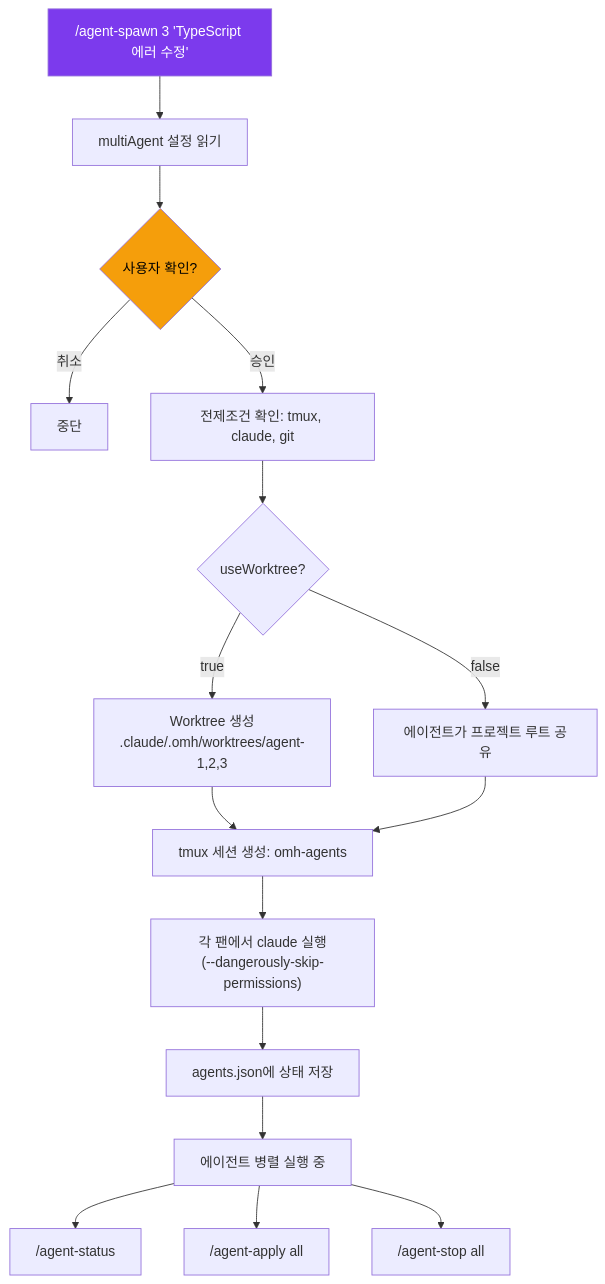
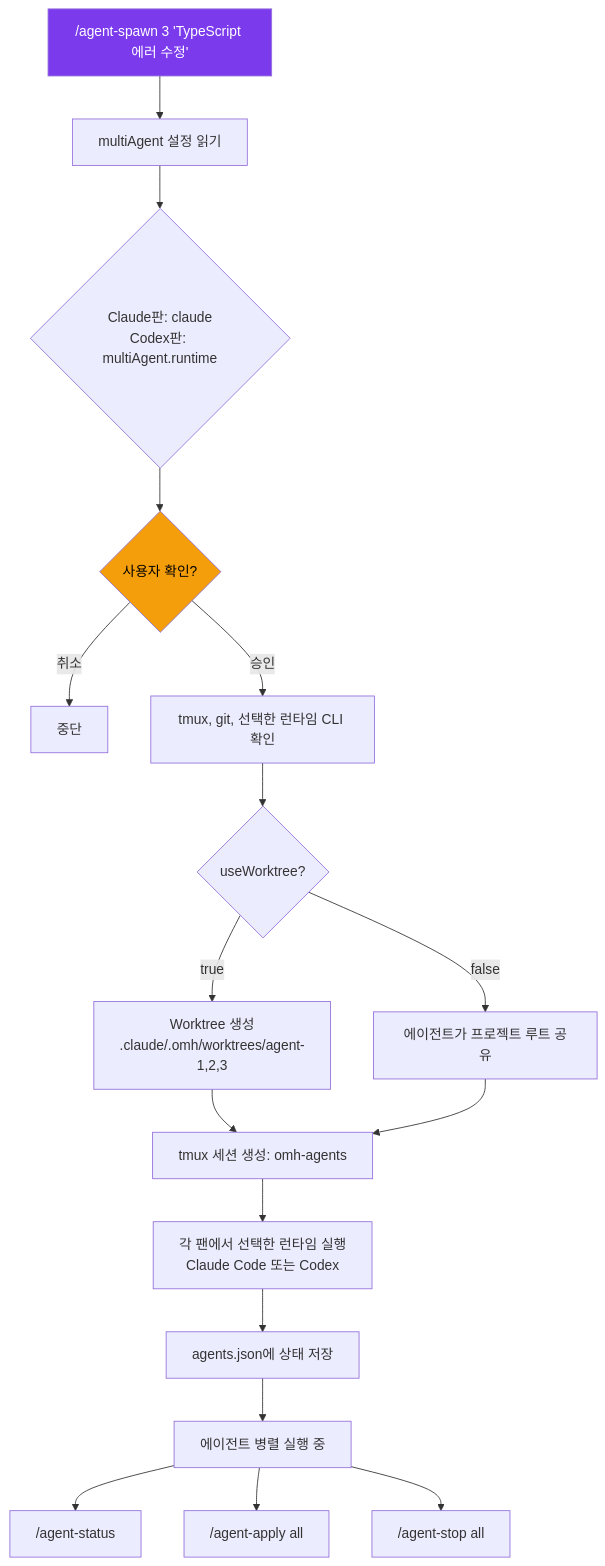
One commit to Hoya324/oh-my-harness changed the fifth of 7 diagrams in README.ko.md. Above: the diagram before and after it, drawn with Mermaid. The commit also changed other lines of this file and 15 other files, not shown here.

````diff
--- a/README.ko.md
+++ b/README.ko.md
@@ -369,25 +377,26 @@
 ```mermaid
 graph TD
     START["/agent-spawn 3 'TypeScript 에러 수정'"] --> CONFIG[multiAgent 설정 읽기]
-    CONFIG --> CONFIRM{"사용자 확인?"}
+    CONFIG --> RUNTIME{"Claude판: claude<br/>Codex판: multiAgent.runtime"}
+    RUNTIME --> CONFIRM{"사용자 확인?"}
     CONFIRM -->|취소| ABORT[중단]
-    CONFIRM -->|승인| CHECK["전제조건 확인: tmux, claude, git"]
+    CONFIRM -->|승인| CHECK["tmux, git, 선택한 런타임 CLI 확인"]
     CHECK --> WT{"useWorktree?"}
 
     WT -->|true| CREATE_WT["Worktree 생성<br/>.claude/.omh/worktrees/agent-1,2,3"]
     WT -->|false| SHARED[에이전트가 프로젝트 루트 공유]
 
     CREATE_WT --> TMUX["tmux 세션 생성: omh-agents"]
     SHARED --> TMUX
 
-    TMUX --> LAUNCH["각 팬에서 claude 실행<br/>(--dangerously-skip-permissions)"]
+    TMUX --> LAUNCH["각 팬에서 선택한 런타임 실행<br/>Claude Code 또는 Codex"]
     LAUNCH --> STATE[agents.json에 상태 저장]
     STATE --> DONE[에이전트 병렬 실행 중]
 
     DONE --> STATUS["/agent-status"]
     DONE --> APPLY["/agent-apply all"]
     DONE --> STOP["/agent-stop all"]
 
     style START fill:#7C3AED,color:#fff
     style CONFIRM fill:#f59e0b,color:#000
 ```
````
